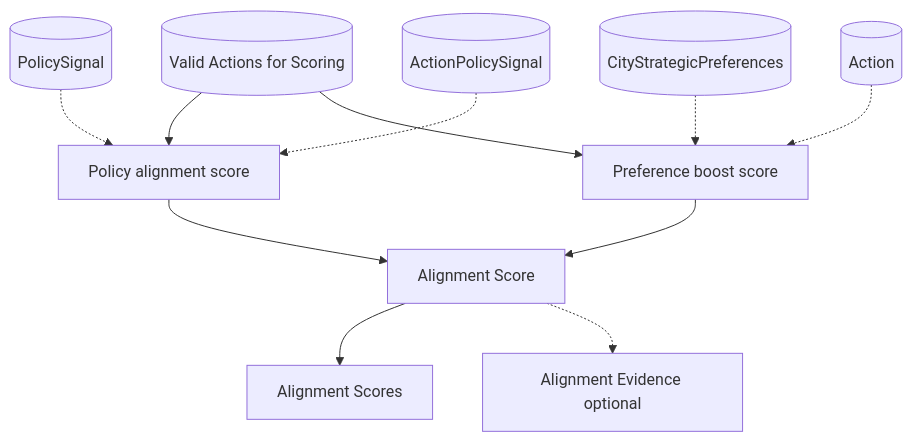
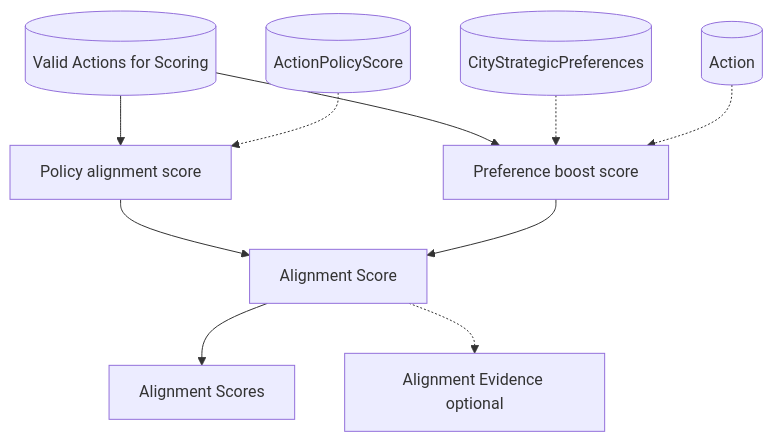
Before and after one commit to Open-Earth-Foundation/CityCatalyst: the third of 5 diagrams in hiap-meed/docs/detailed-block-architecture.md, drawn with Mermaid. The commit also changed other lines of this file and 22 other files, not shown here.

````diff
--- a/hiap-meed/docs/detailed-block-architecture.md
+++ b/hiap-meed/docs/detailed-block-architecture.md
@@ -182,29 +182,27 @@
 ```mermaid
 graph TD
   Valid[(Valid Actions for Scoring)]
-  PolSig[(PolicySignal)]
-  ActPol[(ActionPolicySignal)]
+  PolicyScore[(ActionPolicyScore)]
   Pref[(CityStrategicPreferences)]
   ActionTbl[(Action)]
 
   Policy[Policy alignment score]
   PrefBoost[Preference boost score]
 
   Combine[Alignment Score]
   AlignOut[Alignment Scores]
   AlignExplain[Alignment Evidence optional]
 
   Valid --> Policy
-  PolSig -.-> Policy
-  ActPol -.-> Policy
+  PolicyScore -.-> Policy
 
   Valid --> PrefBoost
   Pref -.-> PrefBoost
   ActionTbl -.-> PrefBoost
 
   Policy --> Combine
   PrefBoost --> Combine
 
   Combine --> AlignOut
   Combine -.-> AlignExplain
 ```
````
